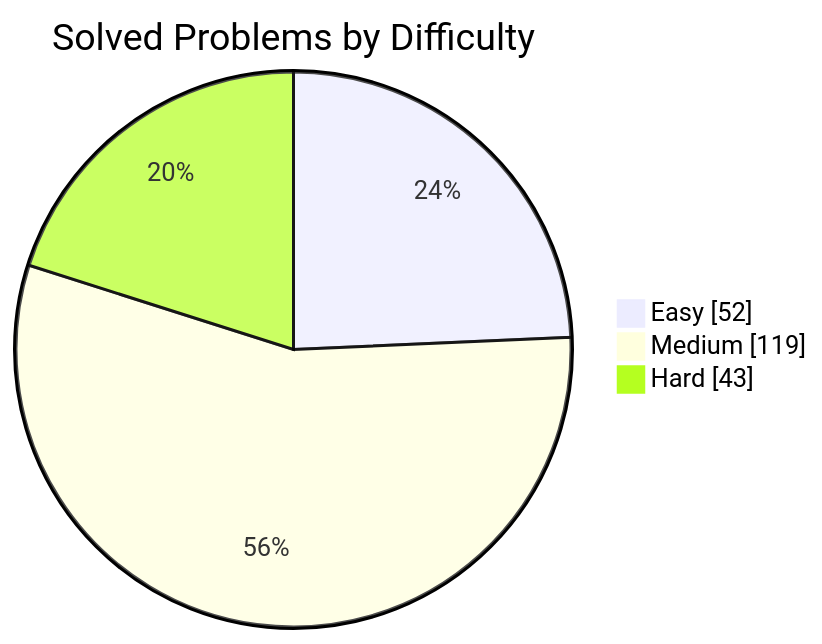
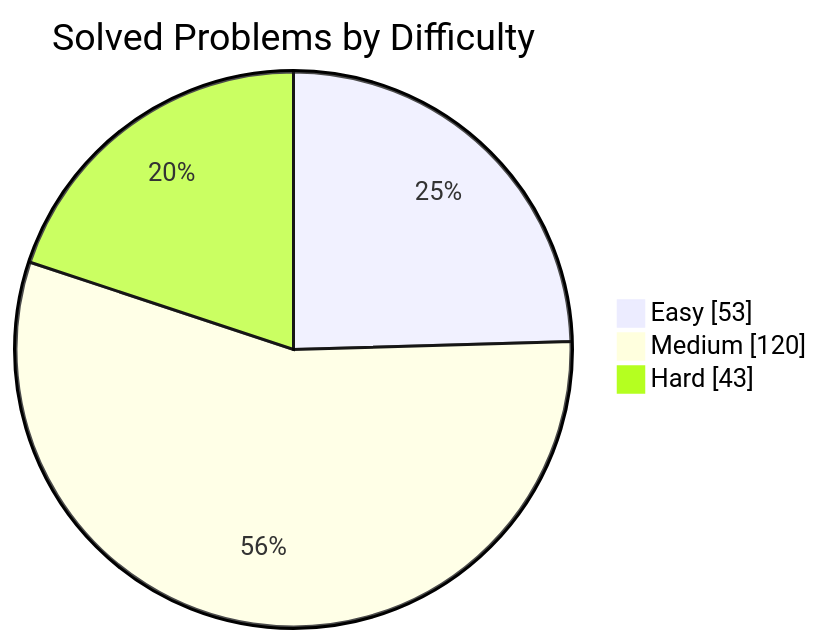
Before and after one commit to manikantbindass/DSA-Preparation-FAANG: the first of 2 diagrams in README.md, drawn with Mermaid. The commit also changed other lines of this file and 1 other file, not shown here.

````diff
--- a/README.md
+++ b/README.md
@@ -40,7 +40,7 @@
 ```mermaid
 pie showData
     title Solved Problems by Difficulty
-    "Easy" : 52
-    "Medium" : 119
+    "Easy" : 53
+    "Medium" : 120
     "Hard" : 43
 ```
````
